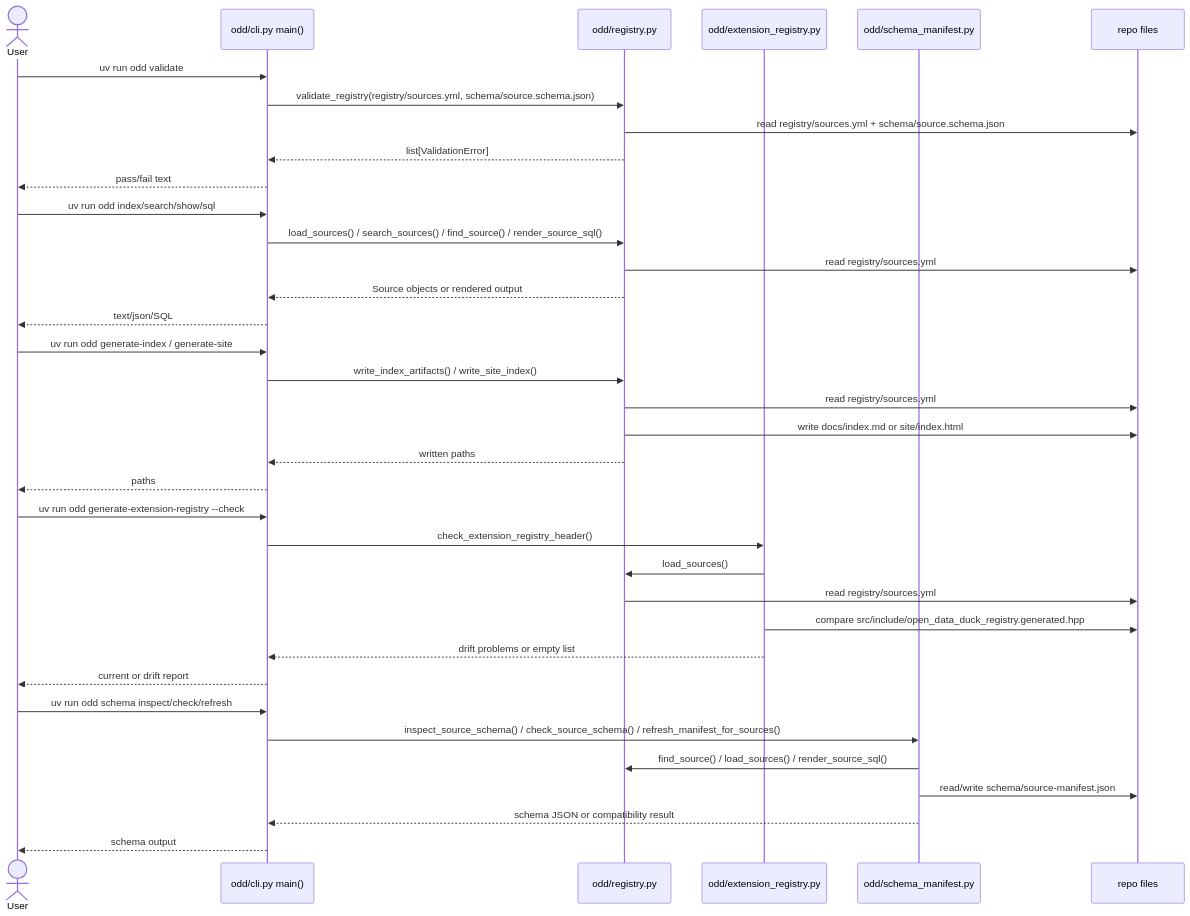
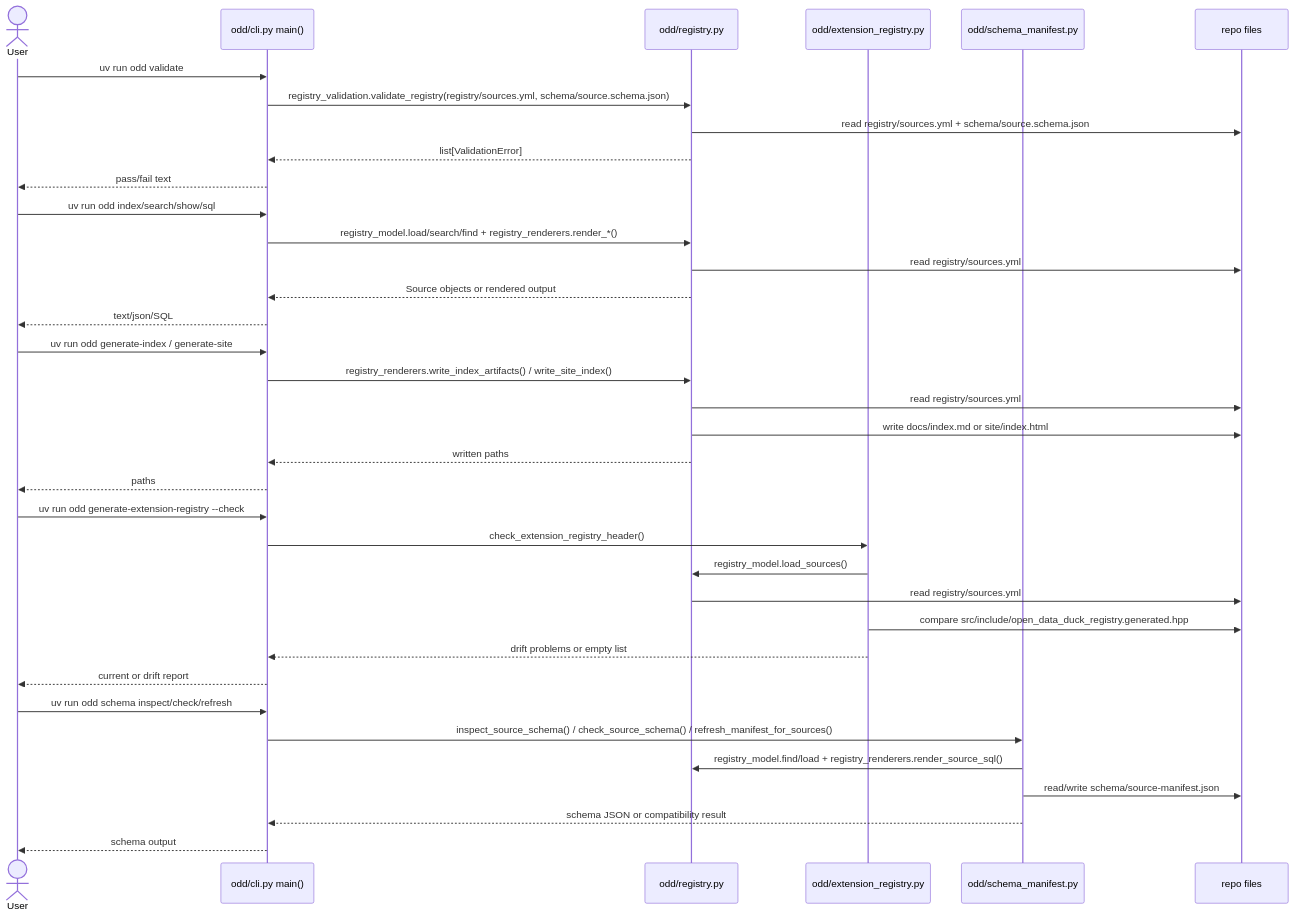
Before and after one commit to nikmarch/open-data-duck: the diagram in docs/architecture/diagrams/cli-registry-sequence.mmd, drawn with Mermaid. The commit also changed 15 other files, not shown here.

```diff
--- a/docs/architecture/diagrams/cli-registry-sequence.mmd
+++ b/docs/architecture/diagrams/cli-registry-sequence.mmd
@@ -1,41 +1,41 @@
 sequenceDiagram
   actor User
   participant CLI as odd/cli.py main()
   participant Registry as odd/registry.py
   participant ExtReg as odd/extension_registry.py
   participant Schema as odd/schema_manifest.py
   participant FS as repo files
 
   User->>CLI: uv run odd validate
-  CLI->>Registry: validate_registry(registry/sources.yml, schema/source.schema.json)
+  CLI->>Registry: registry_validation.validate_registry(registry/sources.yml, schema/source.schema.json)
   Registry->>FS: read registry/sources.yml + schema/source.schema.json
   Registry-->>CLI: list[ValidationError]
   CLI-->>User: pass/fail text
 
   User->>CLI: uv run odd index/search/show/sql
-  CLI->>Registry: load_sources() / search_sources() / find_source() / render_source_sql()
+  CLI->>Registry: registry_model.load/search/find + registry_renderers.render_*()
   Registry->>FS: read registry/sources.yml
   Registry-->>CLI: Source objects or rendered output
   CLI-->>User: text/json/SQL
 
   User->>CLI: uv run odd generate-index / generate-site
-  CLI->>Registry: write_index_artifacts() / write_site_index()
+  CLI->>Registry: registry_renderers.write_index_artifacts() / write_site_index()
   Registry->>FS: read registry/sources.yml
   Registry->>FS: write docs/index.md or site/index.html
   Registry-->>CLI: written paths
   CLI-->>User: paths
 
   User->>CLI: uv run odd generate-extension-registry --check
   CLI->>ExtReg: check_extension_registry_header()
-  ExtReg->>Registry: load_sources()
+  ExtReg->>Registry: registry_model.load_sources()
   Registry->>FS: read registry/sources.yml
   ExtReg->>FS: compare src/include/open_data_duck_registry.generated.hpp
   ExtReg-->>CLI: drift problems or empty list
   CLI-->>User: current or drift report
 
   User->>CLI: uv run odd schema inspect/check/refresh
   CLI->>Schema: inspect_source_schema() / check_source_schema() / refresh_manifest_for_sources()
-  Schema->>Registry: find_source() / load_sources() / render_source_sql()
+  Schema->>Registry: registry_model.find/load + registry_renderers.render_source_sql()
   Schema->>FS: read/write schema/source-manifest.json
   Schema-->>CLI: schema JSON or compatibility result
   CLI-->>User: schema output
```
